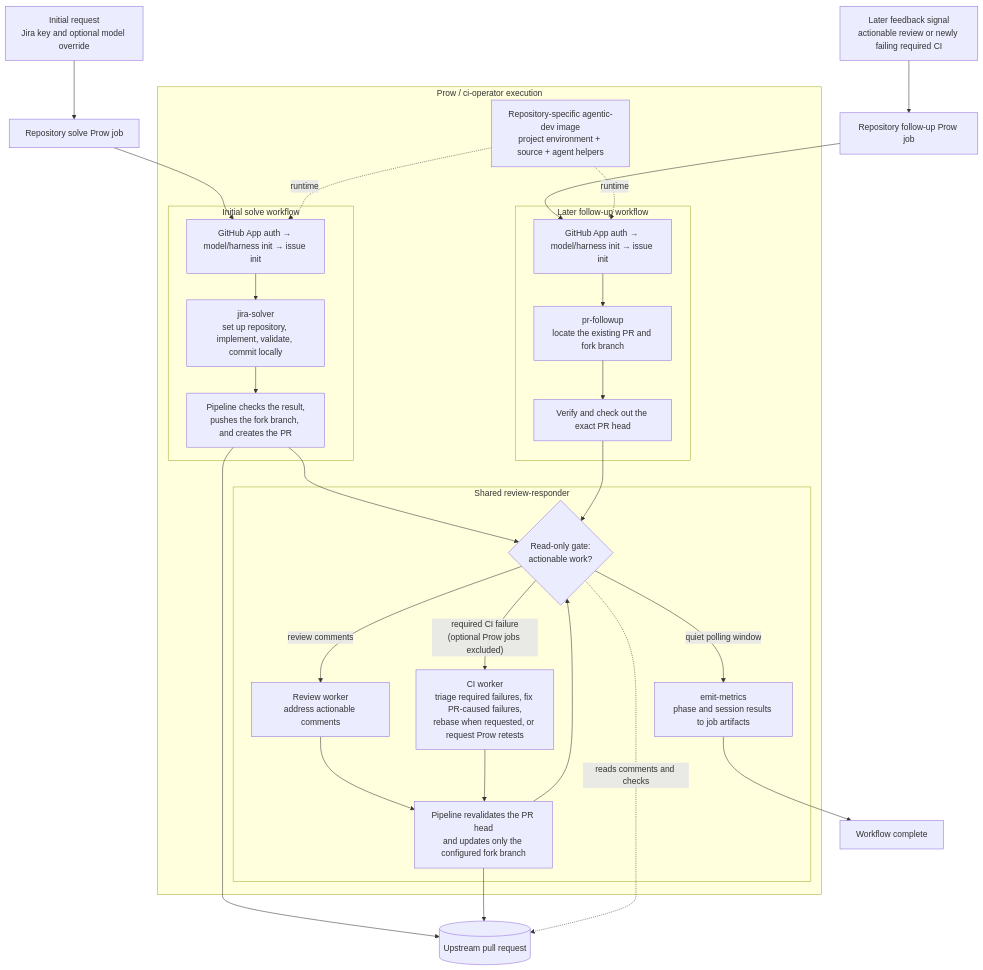
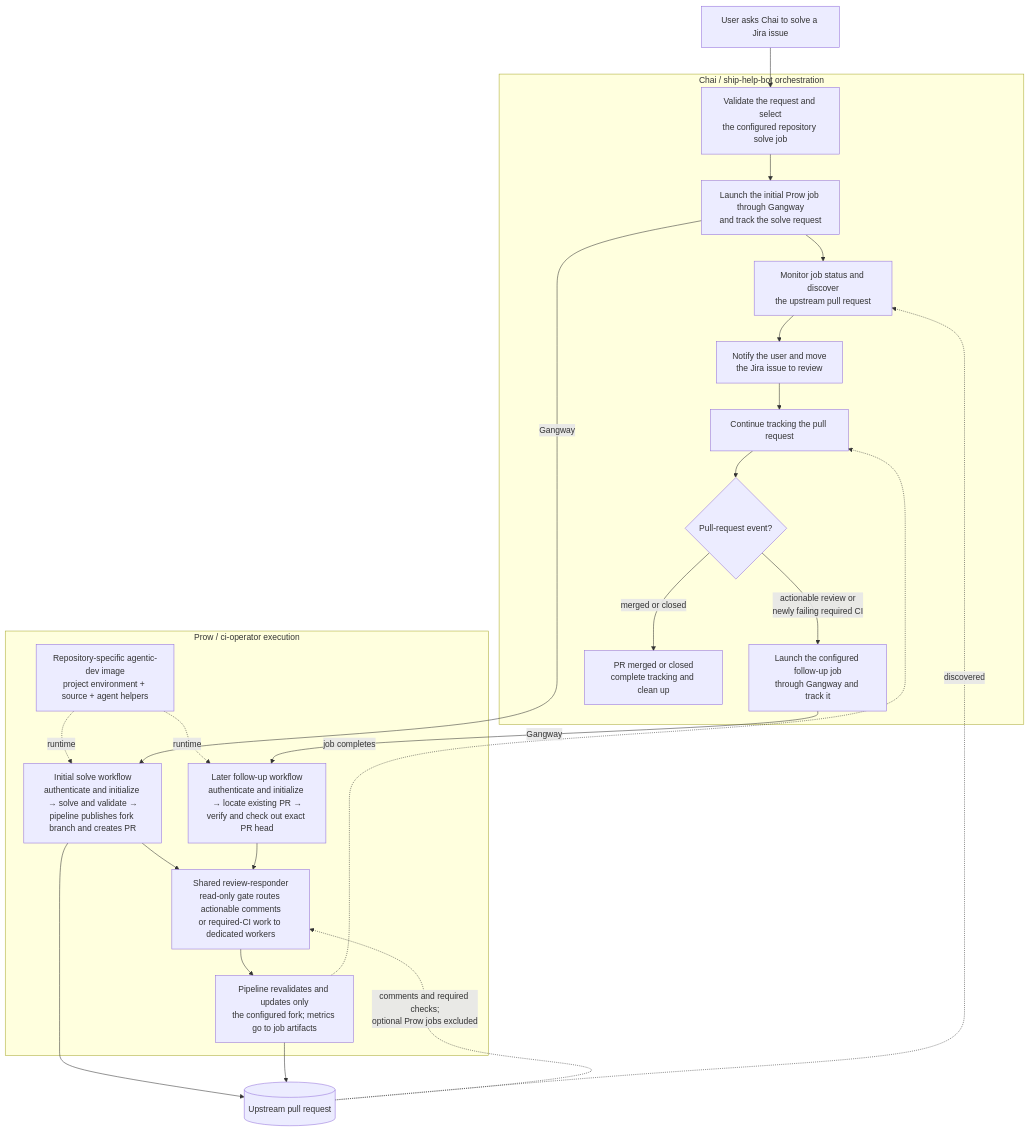
Before and after one commit to openshift/release: the diagram in ci-operator/step-registry/openshift/agentic/trt/ARCHITECTURE.md, drawn with Mermaid. The commit also changed other lines of this file, not shown here.

Commit message:
NO-JIRA: restore Chai orchestration architecture

````diff
--- a/ci-operator/step-registry/openshift/agentic/trt/ARCHITECTURE.md
+++ b/ci-operator/step-registry/openshift/agentic/trt/ARCHITECTURE.md
@@ -15,50 +11,44 @@
 ```mermaid
 flowchart TD
-    IR["Initial request<br/>Jira key and optional model override"]
-    FR["Later feedback signal<br/>actionable review or newly failing required CI"]
-    SJ["Repository solve Prow job"]
-    FJ["Repository follow-up Prow job"]
+    U["User asks Chai to solve a Jira issue"]
+
+    subgraph Chai["Chai / ship-help-bot orchestration"]
+        A["Validate the request and select<br/>the configured repository solve job"]
+        B["Launch the initial Prow job through Gangway<br/>and track the solve request"]
+        T["Monitor job status and discover<br/>the upstream pull request"]
+        N["Notify the user and move<br/>the Jira issue to review"]
+        W["Continue tracking the pull request"]
+        Q{"Pull-request event?"}
+        F["Launch the configured follow-up job<br/>through Gangway and track it"]
+        Z["PR merged or closed<br/>complete tracking and clean up"]
+
+        A --> B --> T --> N --> W --> Q
+        Q -->|"merged or closed"| Z
+        Q -->|"actionable review or<br/>newly failing required CI"| F
+    end
 
     subgraph Prow["Prow / ci-operator execution"]
         IMG["Repository-specific agentic-dev image<br/>project environment + source + agent helpers"]
+        I["Initial solve workflow<br/>authenticate and initialize → solve and validate →<br/>pipeline publishes fork branch and creates PR"]
+        L["Later follow-up workflow<br/>authenticate and initialize → locate existing PR →<br/>verify and check out exact PR head"]
+        G["Shared review-responder<br/>read-only gate routes actionable comments<br/>or required-CI work to dedicated workers"]
+        P["Pipeline revalidates and updates only<br/>the configured fork; metrics go to job artifacts"]
 
-        subgraph Initial["Initial solve workflow"]
-            I["GitHub App auth → model/harness init → issue init"]
-            S["jira-solver<br/>set up repository, implement, validate, commit locally"]
-            C["Pipeline checks the result,<br/>pushes the fork branch, and creates the PR"]
-            I --> S --> C
-        end
-
-        subgraph Later["Later follow-up workflow"]
-            F["GitHub App auth → model/harness init → issue init"]
-            L["pr-followup<br/>locate the existing PR and fork branch"]
-            H["Verify and check out the exact PR head"]
-            F --> L --> H
-        end
-
-        subgraph Response["Shared review-responder"]
-            G{"Read-only gate:<br/>actionable work?"}
-            RC["Review worker<br/>address actionable comments"]
-            CI["CI worker<br/>triage required failures, fix PR-caused failures,<br/>rebase when requested, or request Prow retests"]
-            P["Pipeline revalidates the PR head<br/>and updates only the configured fork branch"]
-            M["emit-metrics<br/>phase and session results to job artifacts"]
-            G -->|"review comments"| RC --> P --> G
-            G -->|"required CI failure<br/>(optional Prow jobs excluded)"| CI --> P
-            G -->|"quiet polling window"| M
-        end
+        IMG -.->|"runtime"| I
+        IMG -.->|"runtime"| L
+        I --> G
+        L --> G
+        G --> P
     end
 
     PR[("Upstream pull request")]
-    D["Workflow complete"]
 
-    IR --> SJ --> I
-    FR --> FJ --> F
-    IMG -.->|"runtime"| I
-    IMG -.->|"runtime"| F
-    C --> PR
-    C --> G
-    H --> G
+    U --> A
+    B -->|"Gangway"| I
+    I --> PR
+    PR -.->|"discovered"| T
+    F -->|"Gangway"| L
     P --> PR
-    G -.->|"reads comments and checks"| PR
-    M --> D
+    PR -.->|"comments and required checks;<br/>optional Prow jobs excluded"| G
+    P -.->|"job completes"| W
 ```
````
